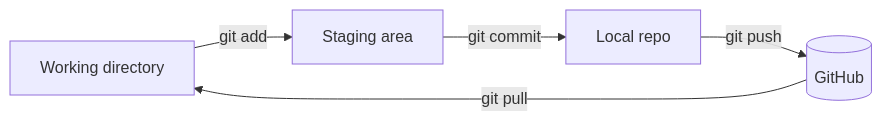
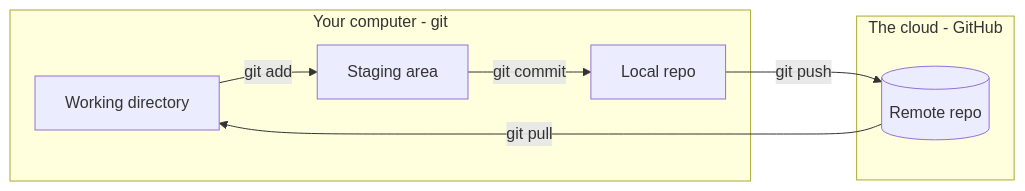
The second of 2 diagrams in tech-stack/2026-11-12-GitHub/README.md (UVADS/orientation-technical), drawn with Mermaid before and after one commit. The commit also changed other lines of this file, not shown here.

````diff
--- a/tech-stack/2026-11-12-GitHub/README.md
+++ b/tech-stack/2026-11-12-GitHub/README.md
@@ -191,7 +98,12 @@
 ```mermaid
 flowchart LR
-    W[Working directory] -->|git add| S[Staging area]
-    S -->|git commit| L[Local repo]
-    L -->|git push| R[(GitHub)]
+    subgraph local [Your computer - git]
+        W[Working directory] -->|git add| S[Staging area]
+        S -->|git commit| L[Local repo]
+    end
+    subgraph cloud [The cloud - GitHub]
+        R[(Remote repo)]
+    end
+    L -->|git push| R
     R -->|git pull| W
 ```
````
